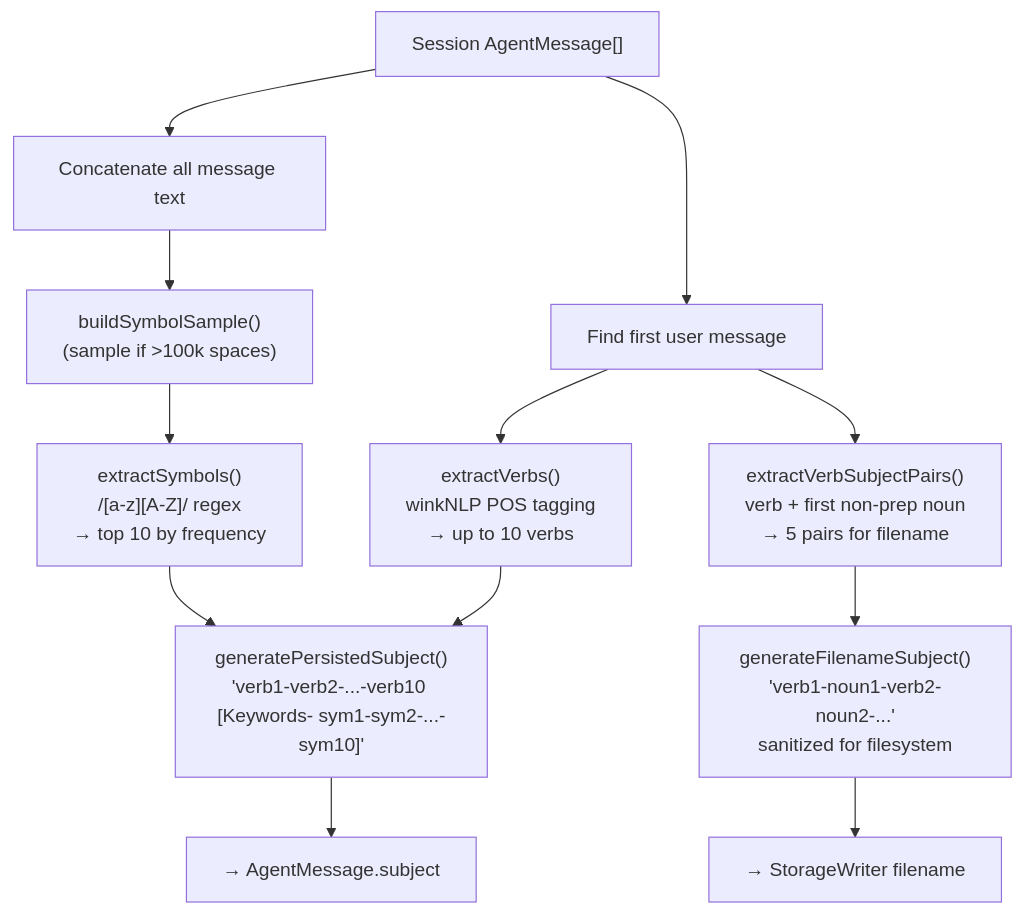
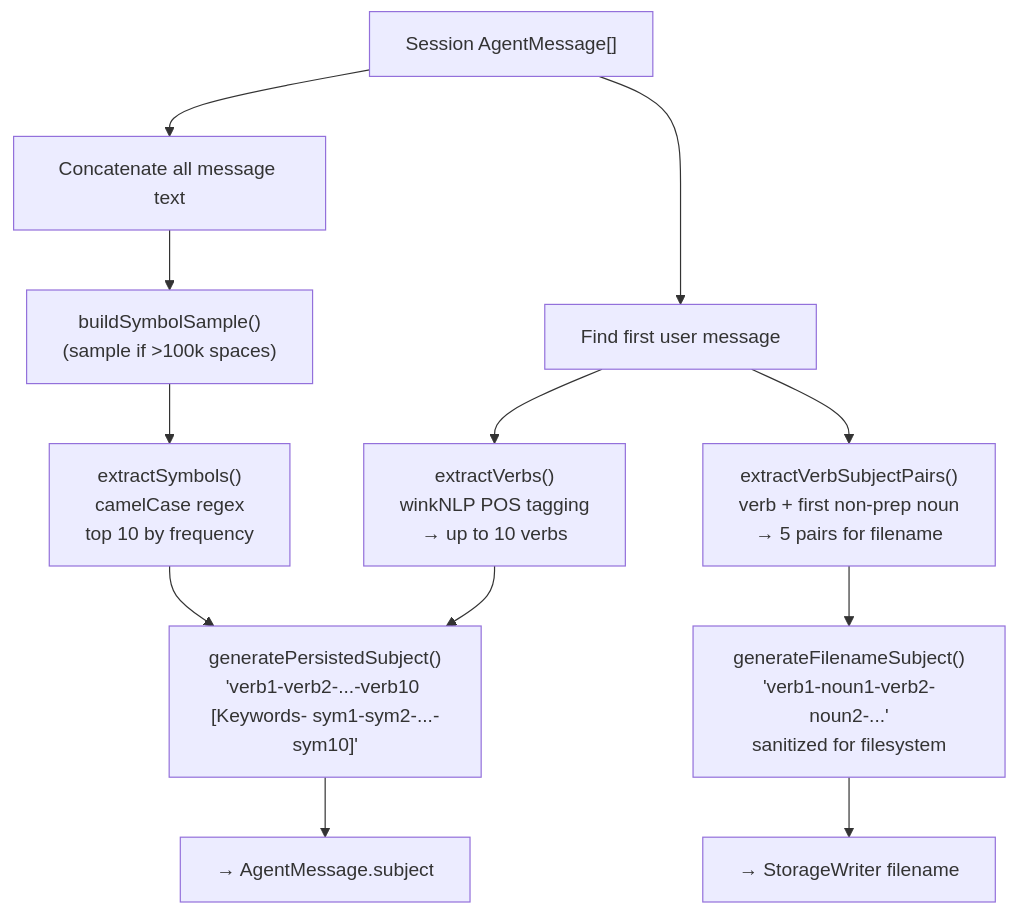
Before and after one commit to Kyliathy/context-core: diagram 13 of 17 in server/zz-reach2/architecture/archi-context-core-level0.md, drawn with Mermaid. The commit also changed other lines of this file and 2 other files, not shown here.

Commit message:
fix: search results now cleared on change view docs: updated readme with roadmap

````diff
--- a/server/zz-reach2/architecture/archi-context-core-level0.md
+++ b/server/zz-reach2/architecture/archi-context-core-level0.md
@@ -540,19 +540,19 @@
 ```mermaid
 flowchart TD
     M["Session AgentMessage[]"] --> FU["Find first user message"]
     M --> AT["Concatenate all message text"]
 
     FU --> VE["extractVerbs()<br/>winkNLP POS tagging<br/>→ up to 10 verbs"]
     FU --> VP["extractVerbSubjectPairs()<br/>verb + first non-prep noun<br/>→ 5 pairs for filename"]
 
     AT --> BS["buildSymbolSample()<br/>(sample if >100k spaces)"]
-    BS --> ES["extractSymbols()<br/>/[a-z][A-Z]/ regex<br/>→ top 10 by frequency"]
+    BS --> ES["extractSymbols()<br/>camelCase regex<br/>top 10 by frequency"]
 
     VE --> PS["generatePersistedSubject()<br/>'verb1-verb2-...-verb10 [Keywords- sym1-sym2-...-sym10]'"]
     ES --> PS
 
     VP --> FN["generateFilenameSubject()<br/>'verb1-noun1-verb2-noun2-...'<br/>sanitized for filesystem"]
 
     PS --> AM["→ AgentMessage.subject"]
     FN --> SW["→ StorageWriter filename"]
 ```
````
